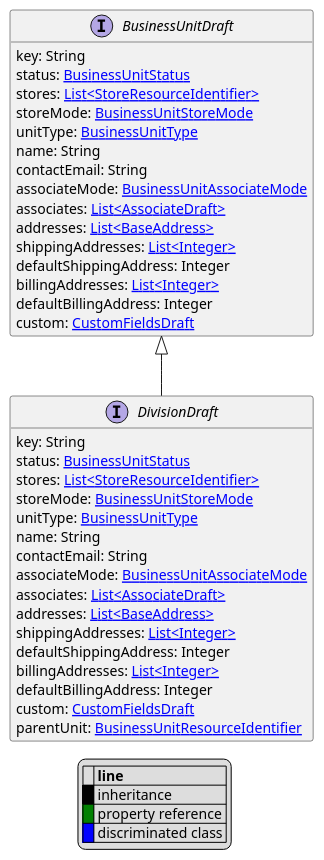
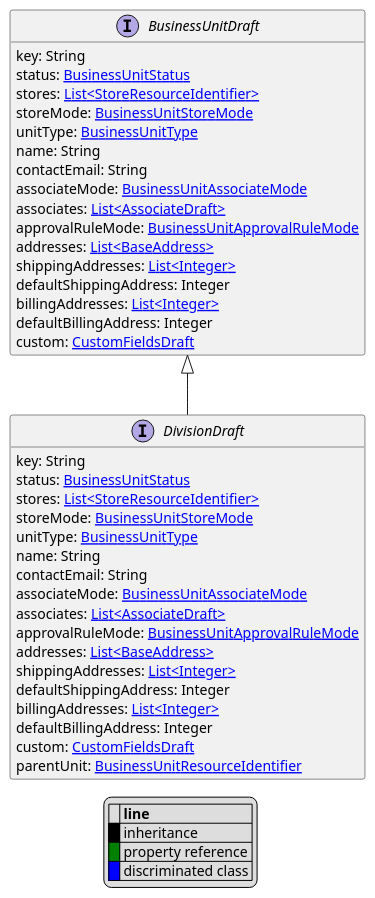
One commit to commercetools/commercetools-api-reference changed the diagram in uml/api/DivisionDraft.puml. Above: the diagram before and after it, drawn with PlantUML. The commit also changed 125 other files, not shown here.

```diff
--- a/uml/api/DivisionDraft.puml
+++ b/uml/api/DivisionDraft.puml
@@ -1,51 +1,53 @@
 @startuml
 
 hide empty fields
 hide empty methods
 legend
 |= |= line |
 |<back:black>   </back>| inheritance |
 |<back:green>   </back>| property reference |
 |<back:blue>   </back>| discriminated class |
 endlegend
 interface DivisionDraft [[DivisionDraft.svg]] extends BusinessUnitDraft {
     key: String
     status: [[BusinessUnitStatus.svg BusinessUnitStatus]]
     stores: [[StoreResourceIdentifier.svg List<StoreResourceIdentifier>]]
     storeMode: [[BusinessUnitStoreMode.svg BusinessUnitStoreMode]]
     unitType: [[BusinessUnitType.svg BusinessUnitType]]
     name: String
     contactEmail: String
     associateMode: [[BusinessUnitAssociateMode.svg BusinessUnitAssociateMode]]
     associates: [[AssociateDraft.svg List<AssociateDraft>]]
+    approvalRuleMode: [[BusinessUnitApprovalRuleMode.svg BusinessUnitApprovalRuleMode]]
     addresses: [[BaseAddress.svg List<BaseAddress>]]
     shippingAddresses: [[Integer.svg List<Integer>]]
     defaultShippingAddress: Integer
     billingAddresses: [[Integer.svg List<Integer>]]
     defaultBillingAddress: Integer
     custom: [[CustomFieldsDraft.svg CustomFieldsDraft]]
     parentUnit: [[BusinessUnitResourceIdentifier.svg BusinessUnitResourceIdentifier]]
 }
 interface BusinessUnitDraft [[BusinessUnitDraft.svg]]  {
     key: String
     status: [[BusinessUnitStatus.svg BusinessUnitStatus]]
     stores: [[StoreResourceIdentifier.svg List<StoreResourceIdentifier>]]
     storeMode: [[BusinessUnitStoreMode.svg BusinessUnitStoreMode]]
     unitType: [[BusinessUnitType.svg BusinessUnitType]]
     name: String
     contactEmail: String
     associateMode: [[BusinessUnitAssociateMode.svg BusinessUnitAssociateMode]]
     associates: [[AssociateDraft.svg List<AssociateDraft>]]
+    approvalRuleMode: [[BusinessUnitApprovalRuleMode.svg BusinessUnitApprovalRuleMode]]
     addresses: [[BaseAddress.svg List<BaseAddress>]]
     shippingAddresses: [[Integer.svg List<Integer>]]
     defaultShippingAddress: Integer
     billingAddresses: [[Integer.svg List<Integer>]]
     defaultBillingAddress: Integer
     custom: [[CustomFieldsDraft.svg CustomFieldsDraft]]
 }
 
 
 
 
 
 @enduml
```
